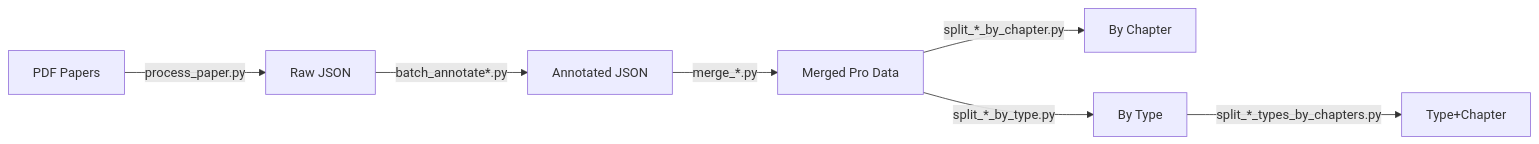
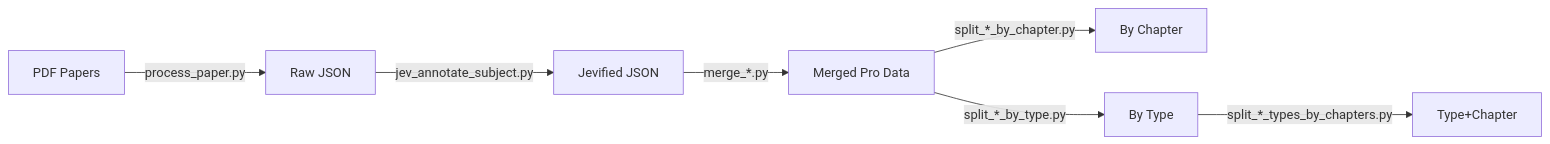
Before and after one commit to rksiitd1/bihar-10th-pyqs: the diagram in README.md, drawn with Mermaid. The commit also changed other lines of this file and 1743 other files, not shown here.

````diff
--- a/README.md
+++ b/README.md
@@ -7,9 +7,9 @@
 ```mermaid
 flowchart LR
     A[PDF Papers] -->|process_paper.py| B[Raw JSON]
-    B -->|batch_annotate*.py| C[Annotated JSON]
+    B -->|jev_annotate_subject.py| C[Jevified JSON]
     C -->|merge_*.py| D[Merged Pro Data]
     D -->|split_*_by_chapter.py| E[By Chapter]
     D -->|split_*_by_type.py| F[By Type]
     F -->|split_*_types_by_chapters.py| G[Type+Chapter]
 ```
````
